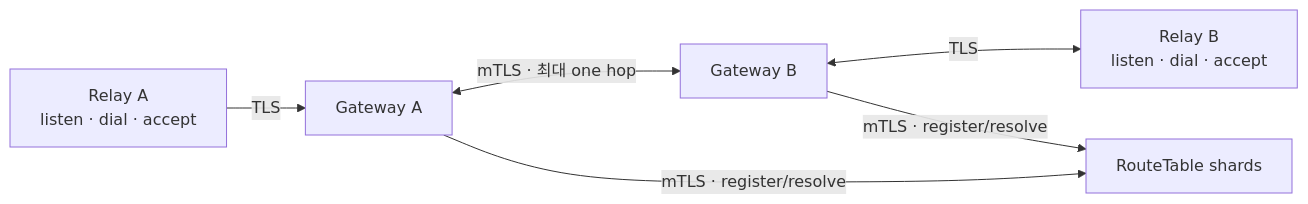
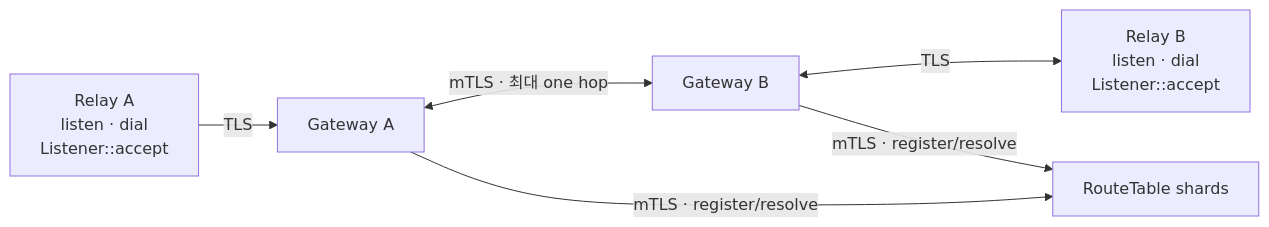
The diagram in README.md (cagojeiger/relaygate), drawn with Mermaid before and after one commit. The commit also changed other lines of this file and 34 other files, not shown here.

````diff
--- a/README.md
+++ b/README.md
@@ -6,8 +6,8 @@
 ```mermaid
 flowchart LR
-    RA[Relay A<br/>listen · dial · accept] -->|TLS| GWA[Gateway A]
+    RA[Relay A<br/>listen · dial<br/>Listener::accept] -->|TLS| GWA[Gateway A]
     GWA <-->|mTLS · 최대 one hop| GWB[Gateway B]
-    GWB <-->|TLS| RB[Relay B<br/>listen · dial · accept]
+    GWB <-->|TLS| RB[Relay B<br/>listen · dial<br/>Listener::accept]
     GWA -->|mTLS · register/resolve| RT[RouteTable shards]
     GWB -->|mTLS · register/resolve| RT
 ```
````
